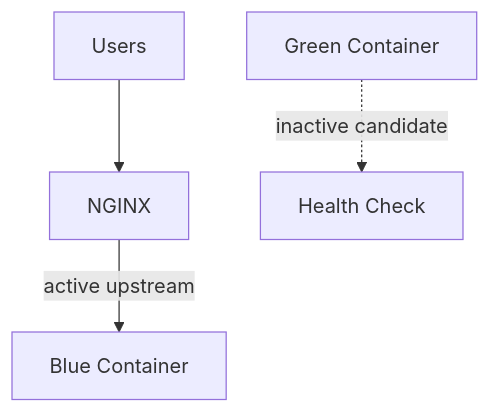
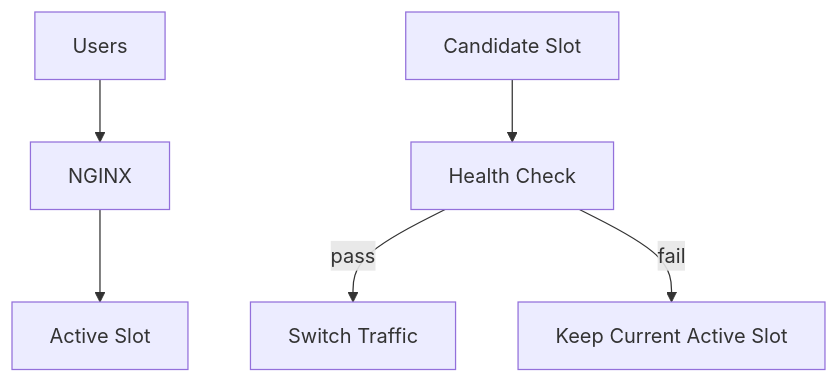
The second of 3 diagrams in docs/ARCHITECTURE.md (shekhar396/zero-downtime-cicd-template), drawn with Mermaid before and after one commit. The commit also changed other lines of this file and 8 other files, not shown here.

Commit message:
docs: define v1.0 roadmap and release scope

````diff
--- a/docs/ARCHITECTURE.md
+++ b/docs/ARCHITECTURE.md
@@ -49,6 +70,8 @@
 ```mermaid
 flowchart TB
     U[Users] --> N[NGINX]
-    N -->|active upstream| B[Blue Container]
-    G[Green Container] -. inactive candidate .-> H[Health Check]
+    N --> A[Active Slot]
+    C[Candidate Slot] --> H[Health Check]
+    H -->|pass| S[Switch Traffic]
+    H -->|fail| K[Keep Current Active Slot]
 ```
````
